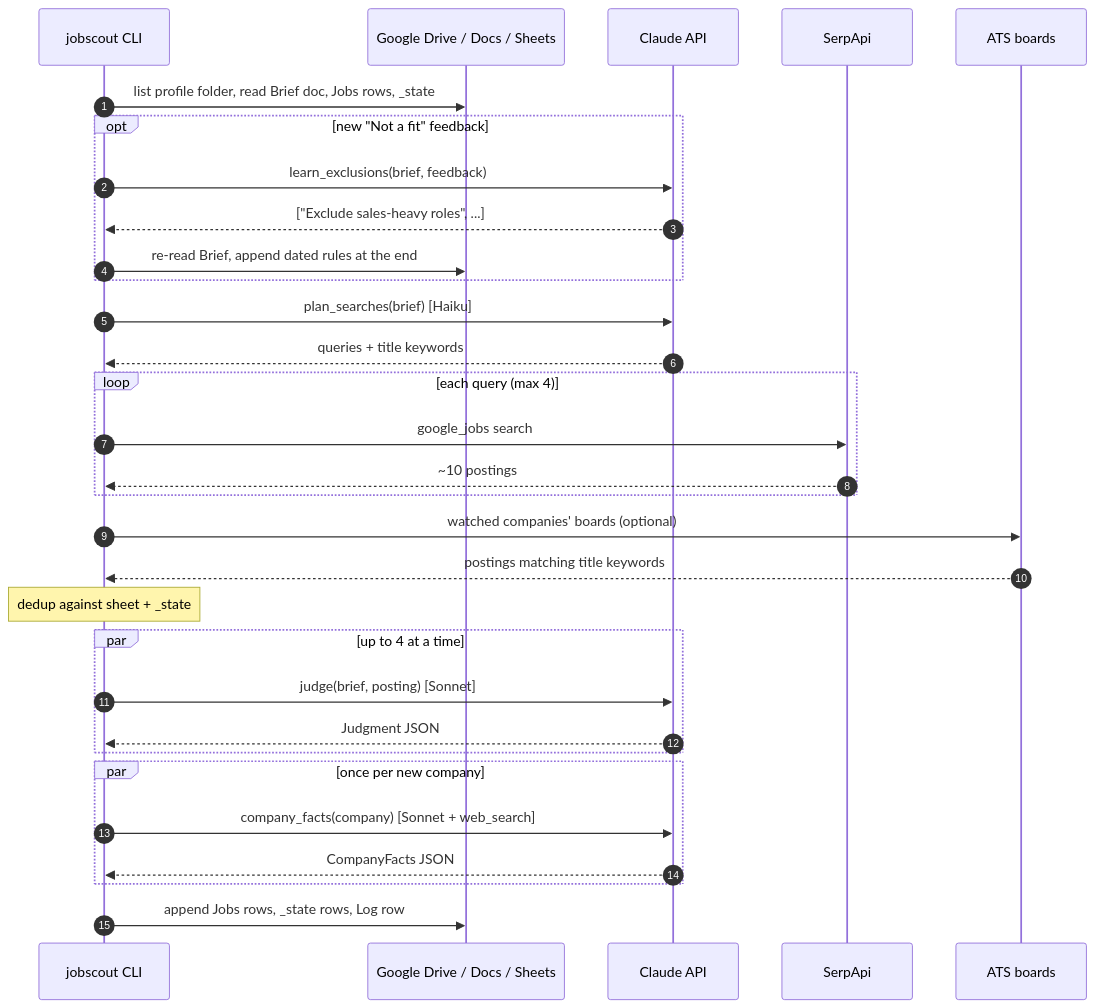
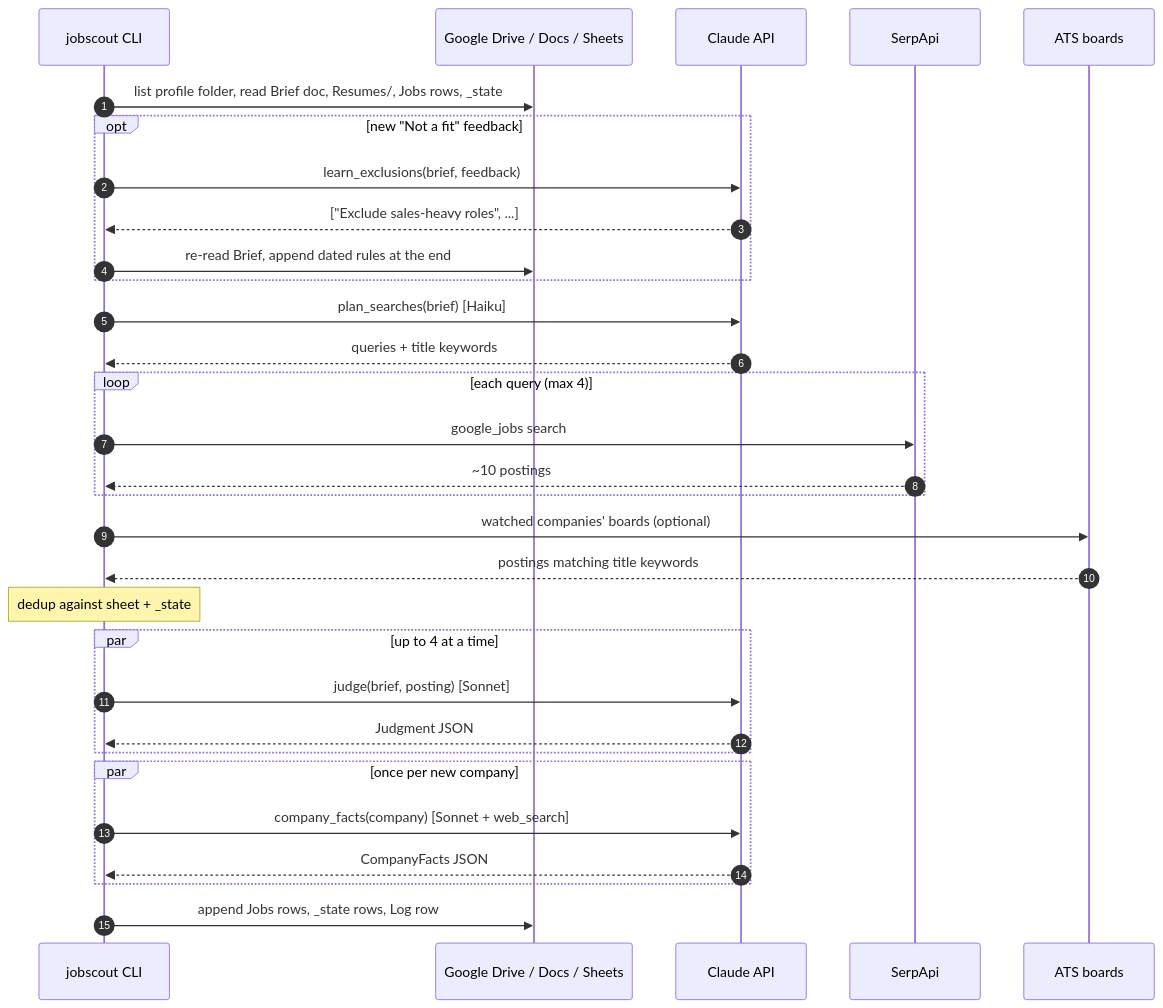
The third of 5 diagrams in docs/ARCHITECTURE.md (juliavasan/job-scout), drawn with Mermaid before and after one commit. The commit also changed other lines of this file and 8 other files, not shown here.

First line of the commit message:
Resume library: per-person Resumes folder drives search, judging and a Best resume column

````diff
--- a/docs/ARCHITECTURE.md
+++ b/docs/ARCHITECTURE.md
@@ -85,34 +86,34 @@
 ```mermaid
 sequenceDiagram
     autonumber
     participant CLI as jobscout CLI
     participant G as Google Drive / Docs / Sheets
     participant C as Claude API
     participant SA as SerpApi
     participant ATS as ATS boards
 
-    CLI->>G: list profile folder, read Brief doc, Jobs rows, _state
+    CLI->>G: list profile folder, read Brief doc, Resumes/, Jobs rows, _state
     opt new "Not a fit" feedback
         CLI->>C: learn_exclusions(brief, feedback)
         C-->>CLI: ["Exclude sales-heavy roles", ...]
         CLI->>G: re-read Brief, append dated rules at the end
     end
     CLI->>C: plan_searches(brief) [Haiku]
     C-->>CLI: queries + title keywords
     loop each query (max 4)
         CLI->>SA: google_jobs search
         SA-->>CLI: ~10 postings
     end
     CLI->>ATS: watched companies' boards (optional)
     ATS-->>CLI: postings matching title keywords
     Note over CLI: dedup against sheet + _state
     par up to 4 at a time
         CLI->>C: judge(brief, posting) [Sonnet]
         C-->>CLI: Judgment JSON
     end
     par once per new company
         CLI->>C: company_facts(company) [Sonnet + web_search]
         C-->>CLI: CompanyFacts JSON
     end
     CLI->>G: append Jobs rows, _state rows, Log row
 ```
````
